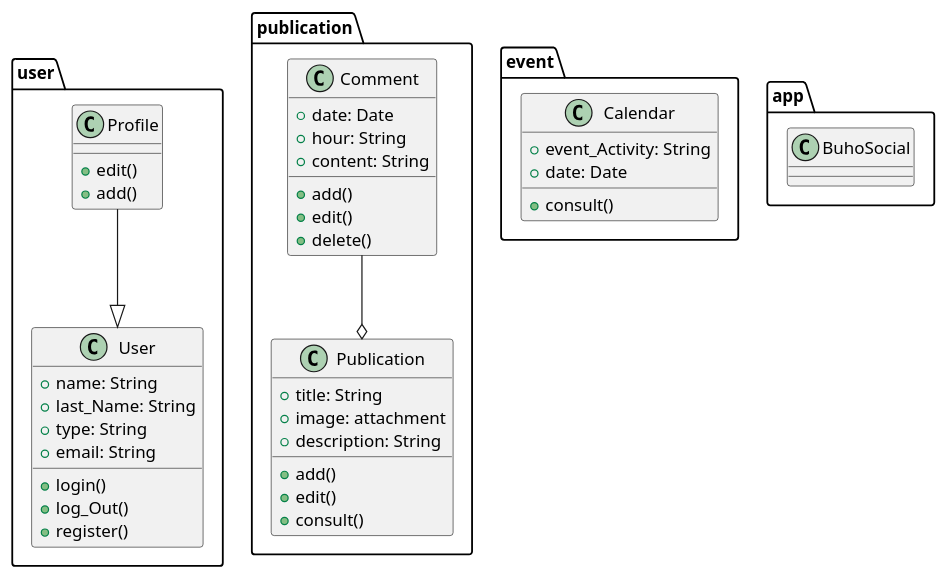
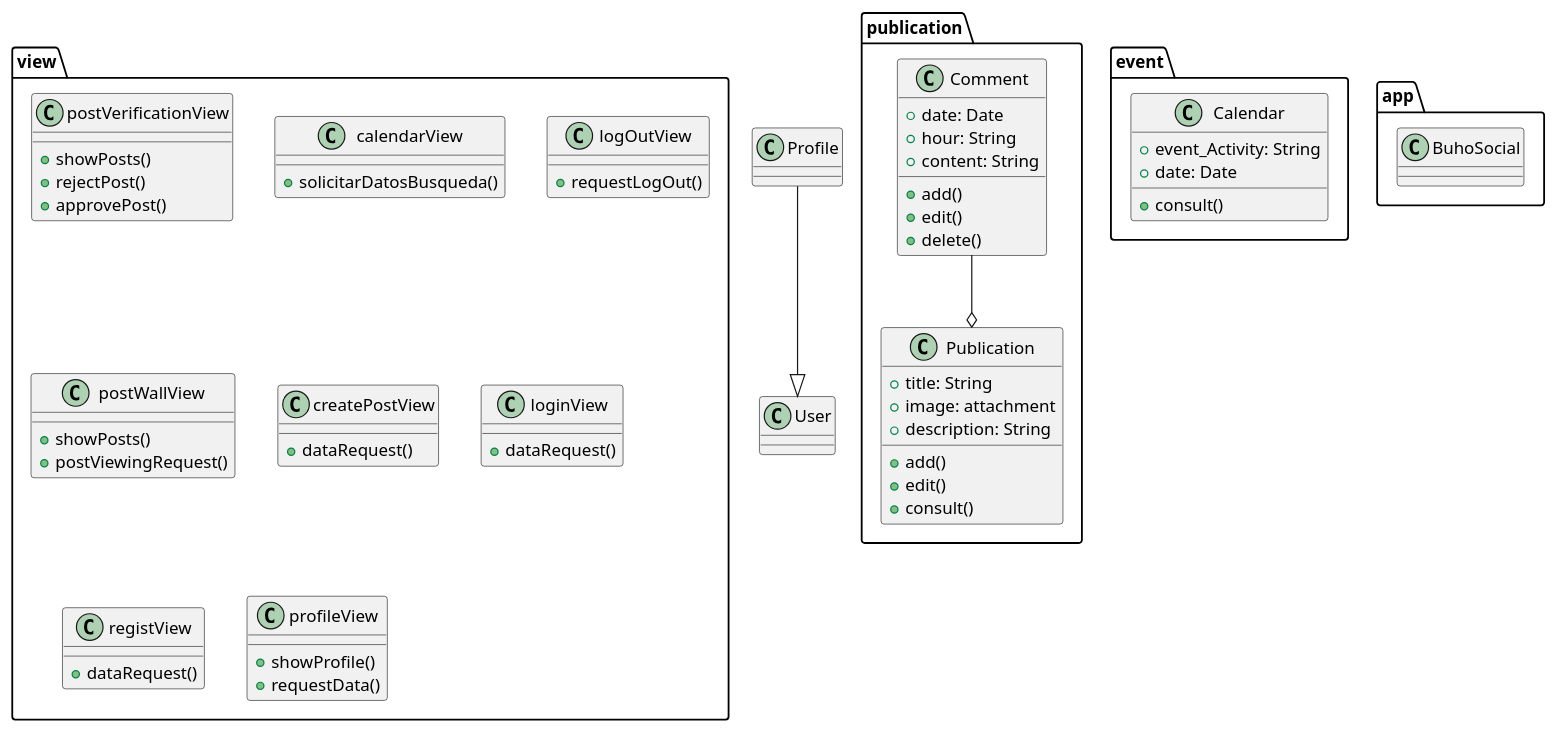
The diagram in docs/scenariosView/packageDiagramDescreption.plantuml (Dayannis-07/ING_SOFT), drawn with PlantUML before and after one commit. The commit also changed 2 other files, not shown here.

Commit message:
update package diagram

```diff
--- a/docs/scenariosView/packageDiagramDescreption.plantuml
+++ b/docs/scenariosView/packageDiagramDescreption.plantuml
@@ -1,55 +1,71 @@
 @startuml packageDiagramDescription
 
 allowmixing
 
-package user <<Folder>> {
-    class User{
-        +name: String
-        +last_Name: String
-        +type: String
-        +email: String
-        +login()
-        +log_Out()
-        +register()
+package view <<Folder>> {
+    class postVerificationView{
+        +showPosts()
+        +rejectPost()
+        +approvePost()
     }
-    class Profile{
-        +edit()
-        +add()
+    class calendarView{
+        +solicitarDatosBusqueda()
+    }
+
+    class logOutView{
+        +requestLogOut()
+    }
+    class postWallView{
+        +showPosts()
+        +postViewingRequest()
+    }
+    class createPostView{
+        +dataRequest()
+    }
+    class loginView{
+        +dataRequest()
+    }
+    class registView{
+        +dataRequest()
+    }
+    class profileView{
+        +showProfile()
+        +requestData()
     }
 }
 
 package publication <<Folder>> {
     class Publication{
         +title: String
         +image: attachment
         +description: String
         +add()
         +edit()
         +consult()
     }
     class Comment{
         +date: Date
         +hour: String
         +content: String
         +add()
         +edit()
         +delete()
     }
 }
 
 package event <<Folder>> {
     class Calendar{
         +event_Activity: String
         +date: Date
         +consult()
     }
 }
 
 package app <<Folder>> {
     class BuhoSocial{}
 }
 
 Profile --|> User
 Comment --o Publication
 
 @enduml
```
